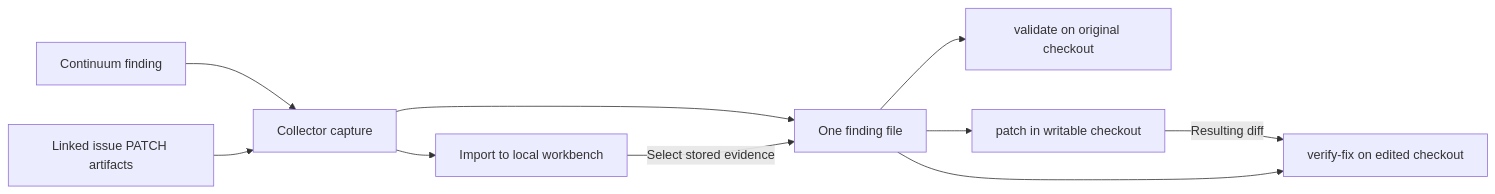
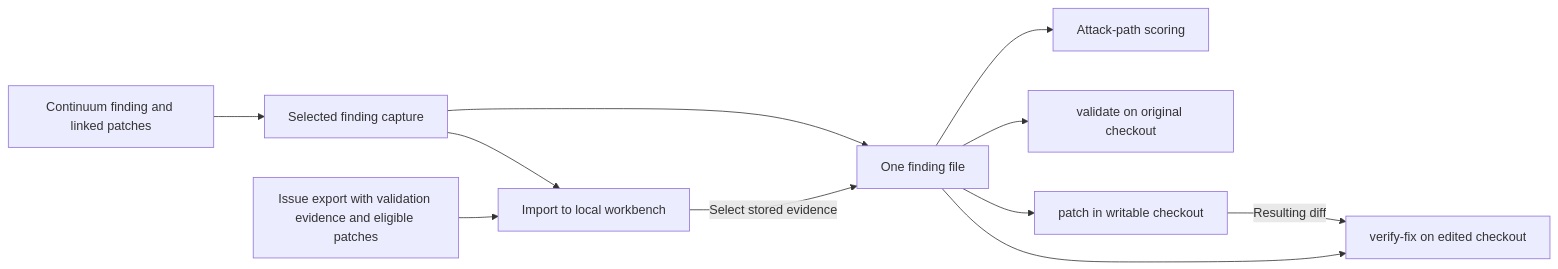
One commit to openai/codex-security changed the diagram in docs/scanner-imports/continuum.md. Above: the diagram before and after it, drawn with Mermaid. The commit also changed other lines of this file and 29 other files, not shown here.

````diff
--- a/docs/scanner-imports/continuum.md
+++ b/docs/scanner-imports/continuum.md
@@ -128,12 +241,13 @@
 ```mermaid
 flowchart LR
-    A[Continuum finding] --> C[Collector capture]
-    B[Linked issue PATCH artifacts] --> C
+    A[Continuum finding and linked patches] --> C[Selected finding capture]
     C --> F[One finding file]
     C --> I[Import to local workbench]
+    E[Issue export with validation evidence and eligible patches] --> I
     I -->|Select stored evidence| F
+    F --> S[Attack-path scoring]
     F --> B0[validate on original checkout]
     F --> P[patch in writable checkout]
     P -->|Resulting diff| V[verify-fix on edited checkout]
     F --> V
 ```
````
